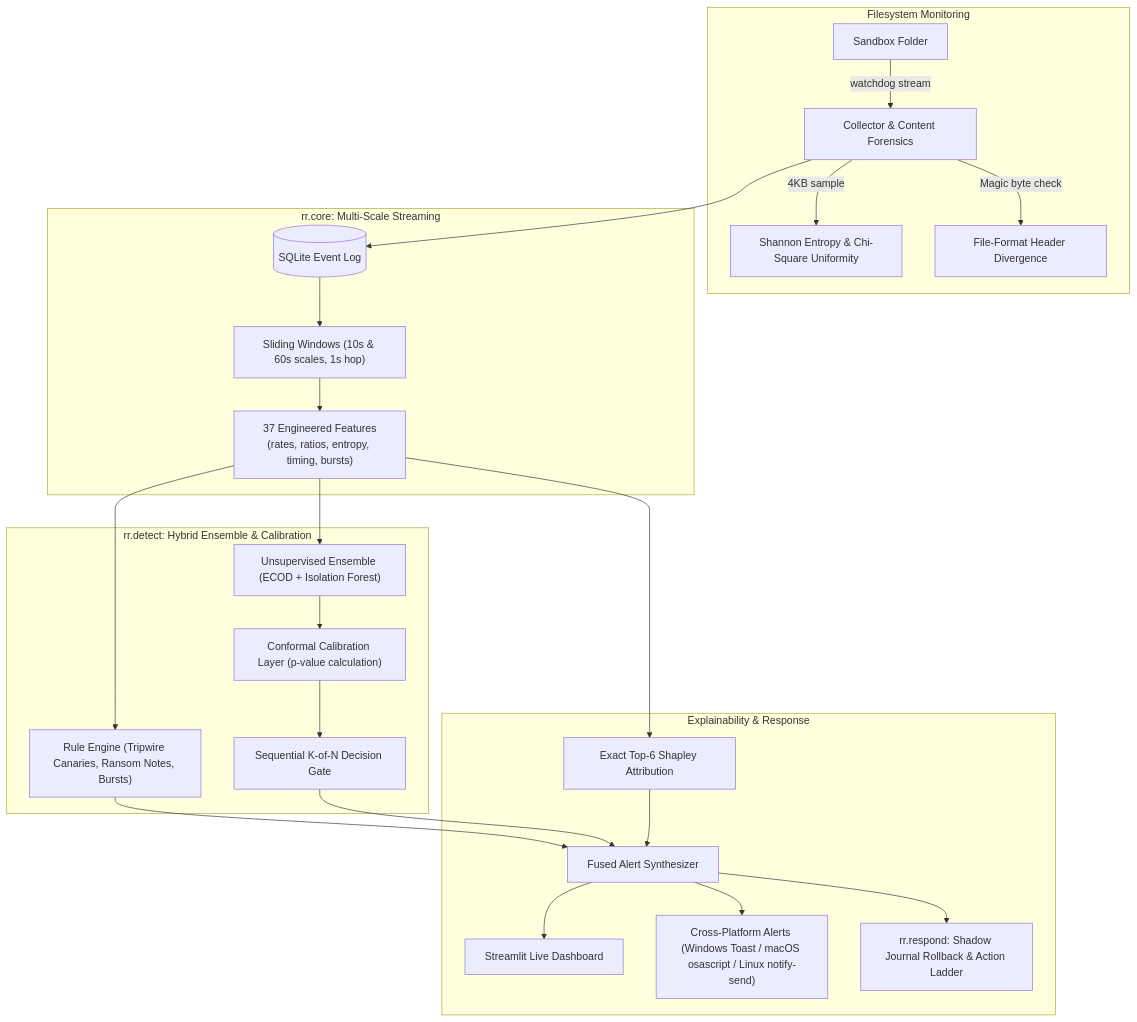
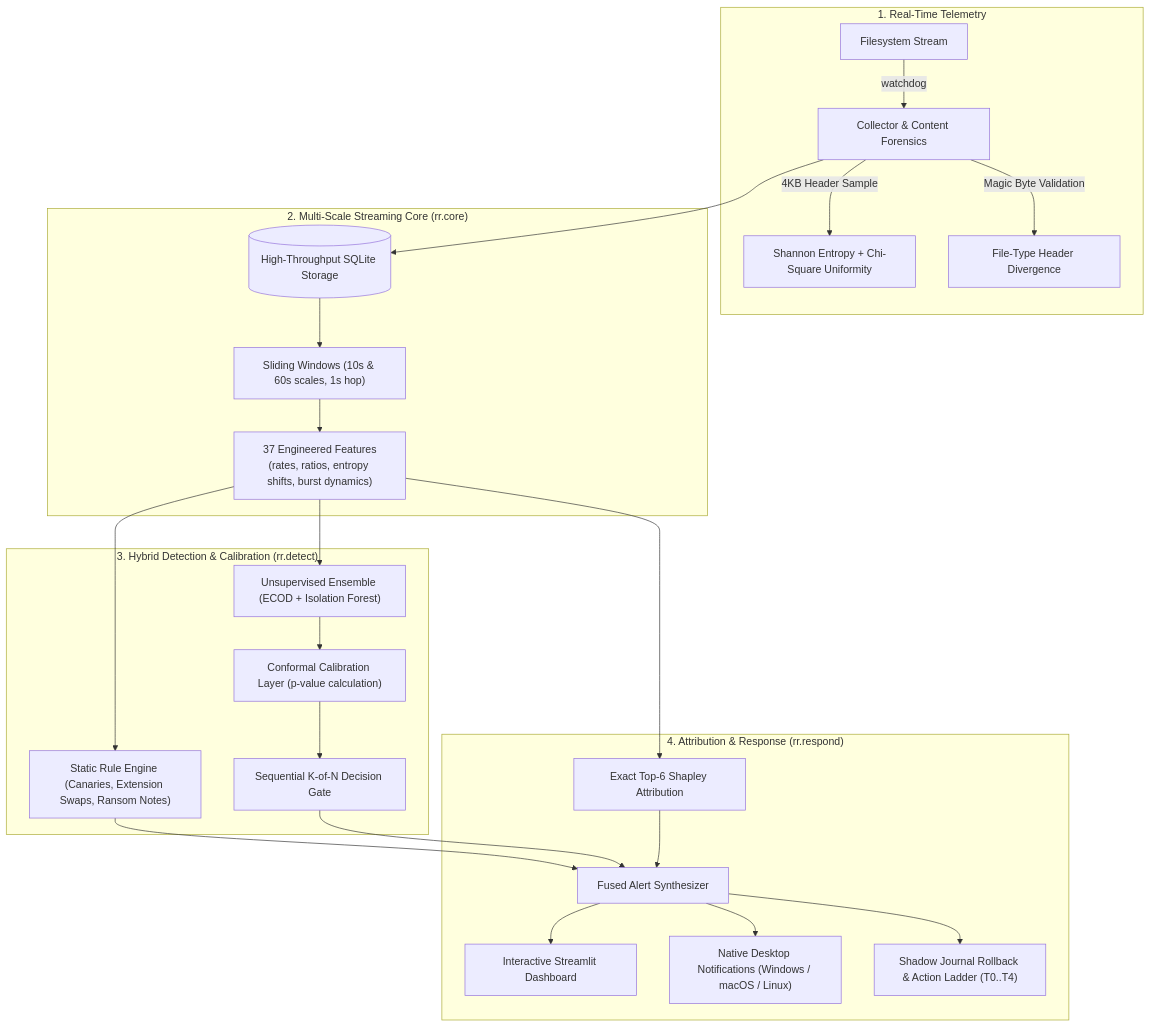
The diagram in README.md (ariserhys/RR-RansomRadar-), drawn with Mermaid before and after one commit. The commit also changed other lines of this file and 7 other files, not shown here.

````diff
--- a/README.md
+++ b/README.md
@@ -79,31 +89,31 @@
 ```mermaid
 flowchart TD
-    subgraph Filesystem ["Filesystem Monitoring"]
-        A["Sandbox Folder"] -->|watchdog stream| B["Collector & Content Forensics"]
-        B -->|4KB sample| C["Shannon Entropy & Chi-Square Uniformity"]
-        B -->|Magic byte check| D["File-Format Header Divergence"]
+    subgraph Ingestion ["1. Real-Time Telemetry"]
+        A["Filesystem Stream"] -->|watchdog| B["Collector & Content Forensics"]
+        B -->|4KB Header Sample| C["Shannon Entropy + Chi-Square Uniformity"]
+        B -->|Magic Byte Validation| D["File-Type Header Divergence"]
     end
 
-    subgraph StreamingCore ["rr.core: Multi-Scale Streaming"]
-        B --> E[("SQLite Event Log")]
+    subgraph Core ["2. Multi-Scale Streaming Core (rr.core)"]
+        B --> E[("High-Throughput SQLite Storage")]
         E --> F["Sliding Windows (10s & 60s scales, 1s hop)"]
-        F --> G["37 Engineered Features\n(rates, ratios, entropy, timing, bursts)"]
+        F --> G["37 Engineered Features\n(rates, ratios, entropy shifts, burst dynamics)"]
     end
 
-    subgraph DetectionLayer ["rr.detect: Hybrid Ensemble & Calibration"]
-        G --> H["Rule Engine (Tripwire Canaries, Ransom Notes, Bursts)"]
+    subgraph Detection ["3. Hybrid Detection & Calibration (rr.detect)"]
+        G --> H["Static Rule Engine (Canaries, Extension Swaps, Ransom Notes)"]
         G --> I["Unsupervised Ensemble (ECOD + Isolation Forest)"]
         I --> J["Conformal Calibration Layer (p-value calculation)"]
         J --> K["Sequential K-of-N Decision Gate"]
     end
 
-    subgraph Explainability ["Explainability & Response"]
+    subgraph ExplainResponse ["4. Attribution & Response (rr.respond)"]
         H --> L["Fused Alert Synthesizer"]
         K --> L
         G --> M["Exact Top-6 Shapley Attribution"]
         M --> L
-        L --> N["Streamlit Live Dashboard"]
-        L --> O["Cross-Platform Alerts (Windows Toast / macOS osascript / Linux notify-send)"]
-        L --> P["rr.respond: Shadow Journal Rollback & Action Ladder"]
+        L --> N["Interactive Streamlit Dashboard"]
+        L --> O["Native Desktop Notifications (Windows / macOS / Linux)"]
+        L --> P["Shadow Journal Rollback & Action Ladder (T0..T4)"]
     end
 ```
````
